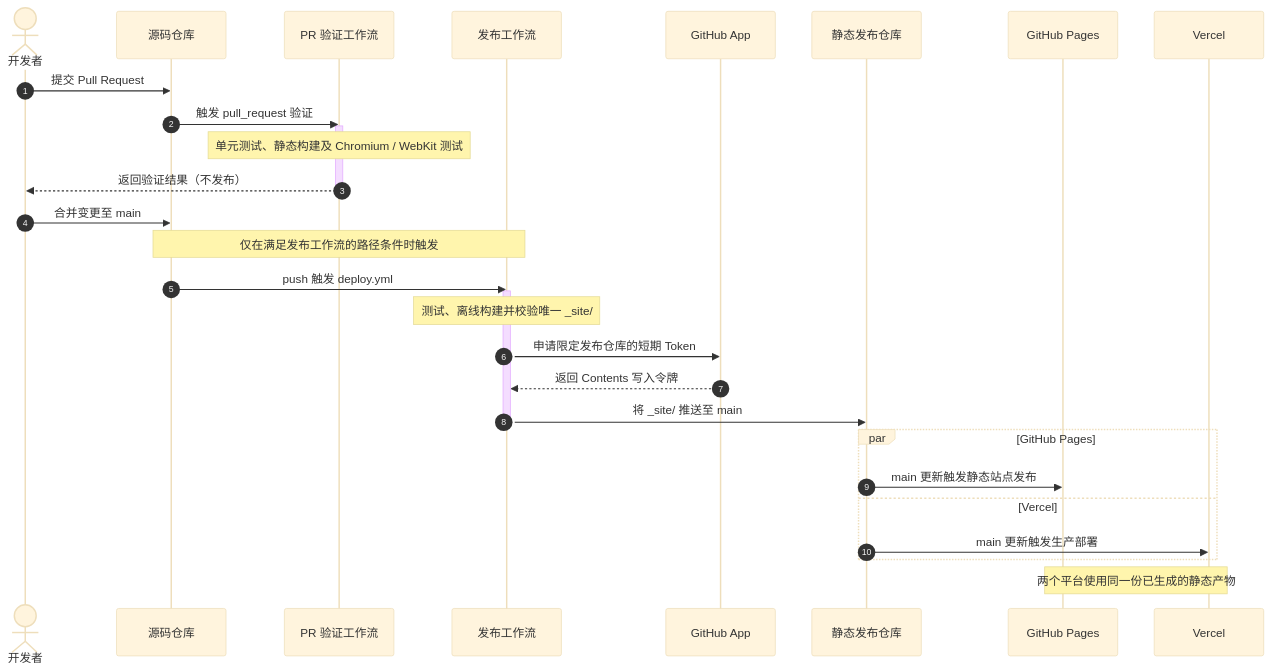
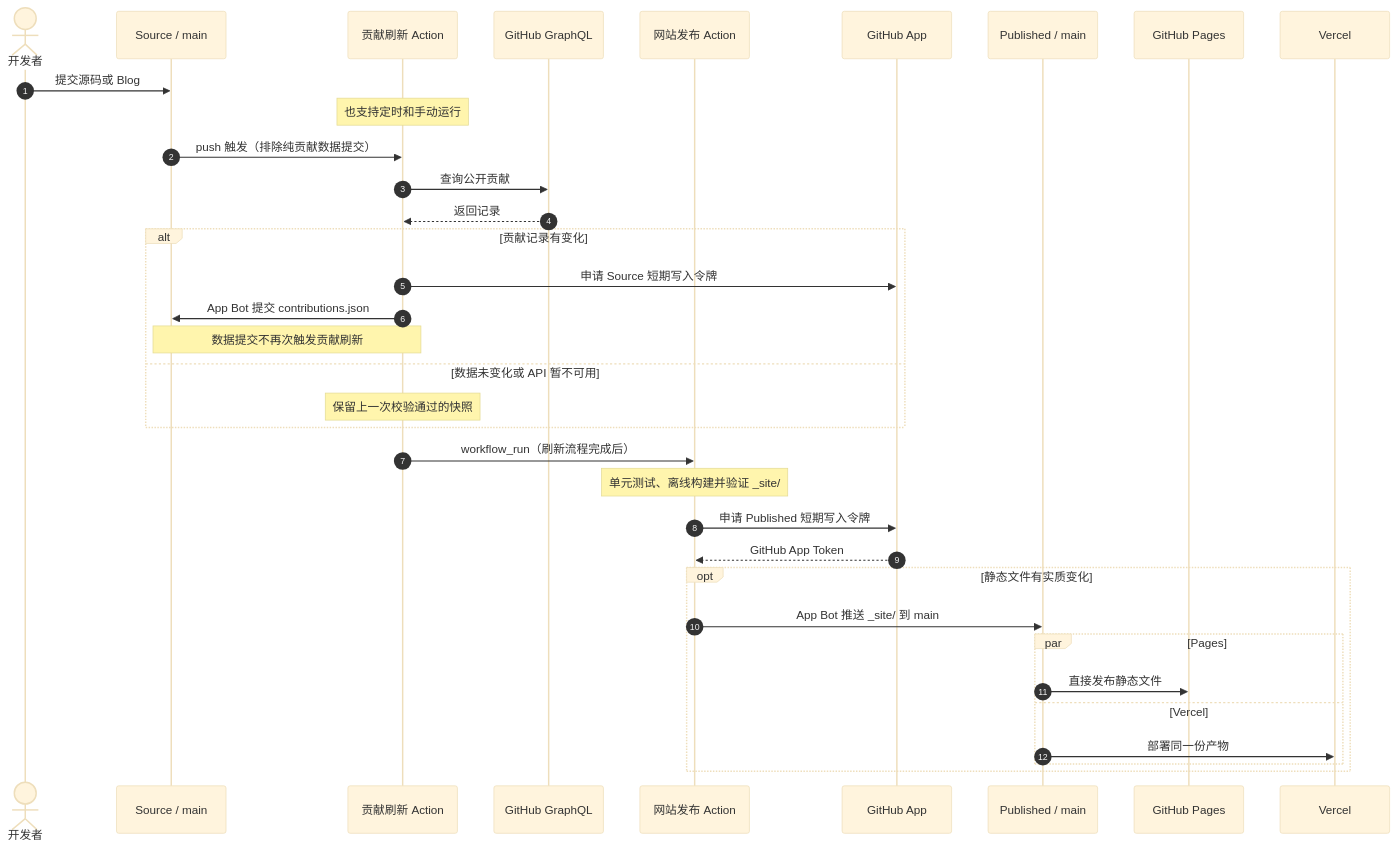
One commit to FuTseYi/FuTseYi-Site changed the diagram in README.md. Above: the diagram before and after it, drawn with Mermaid (base theme). The commit also changed other lines of this file and 4 other files, not shown here.

First line of the commit message:
ci: refresh contributions before every source publication

````diff
--- a/README.md
+++ b/README.md
@@ -51,37 +53,38 @@
 ```mermaid
 sequenceDiagram
     autonumber
-    actor Developer as 开发者
-    participant Source as 源码仓库
-    participant CI as PR 验证工作流
-    participant Deploy as 发布工作流
+    actor Author as 开发者
+    participant Source as Source / main
+    participant Refresh as 贡献刷新 Action
+    participant API as GitHub GraphQL
+    participant Build as 网站发布 Action
     participant App as GitHub App
-    participant Output as 静态发布仓库
+    participant Output as Published / main
     participant Pages as GitHub Pages
     participant Vercel as Vercel
 
-    Developer->>Source: 提交 Pull Request
-    Source->>CI: 触发 pull_request 验证
-    activate CI
-    Note over CI: 单元测试、静态构建及 Chromium / WebKit 测试
-    CI-->>Developer: 返回验证结果（不发布）
-    deactivate CI
-
-    Developer->>Source: 合并变更至 main
-    Note over Source,Deploy: 仅在满足发布工作流的路径条件时触发
-    Source->>Deploy: push 触发 deploy.yml
-    activate Deploy
-    Note over Deploy: 测试、离线构建并校验唯一 _site/
-    Deploy->>App: 申请限定发布仓库的短期 Token
-    App-->>Deploy: 返回 Contents 写入令牌
-    Deploy->>Output: 将 _site/ 推送至 main
-    deactivate Deploy
-
-    par GitHub Pages
-        Output->>Pages: main 更新触发静态站点发布
-    and Vercel
-        Output->>Vercel: main 更新触发生产部署
+    Author->>Source: 提交源码或 Blog
+    Note over Refresh: 也支持定时和手动运行
+    Source->>Refresh: push 触发（排除纯贡献数据提交）
+    Refresh->>API: 查询公开贡献
+    API-->>Refresh: 返回记录
+    alt 贡献记录有变化
+        Refresh->>App: 申请 Source 短期写入令牌
+        Refresh->>Source: App Bot 提交 contributions.json
+        Note over Source,Refresh: 数据提交不再次触发贡献刷新
+    else 数据未变化或 API 暂不可用
+        Note over Refresh: 保留上一次校验通过的快照
     end
-
-    Note over Pages,Vercel: 两个平台使用同一份已生成的静态产物
+    Refresh->>Build: workflow_run（刷新流程完成后）
+    Note over Build: 单元测试、离线构建并验证 _site/
+    Build->>App: 申请 Published 短期写入令牌
+    App-->>Build: GitHub App Token
+    opt 静态文件有实质变化
+        Build->>Output: App Bot 推送 _site/ 到 main
+        par Pages
+            Output->>Pages: 直接发布静态文件
+        and Vercel
+            Output->>Vercel: 部署同一份产物
+        end
+    end
 ```
````
